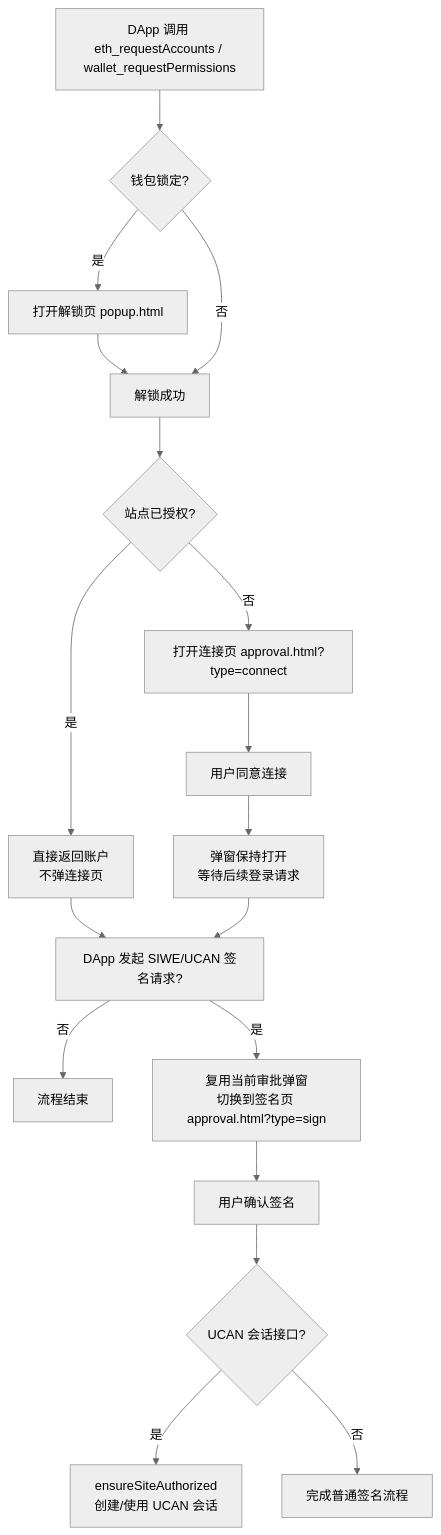
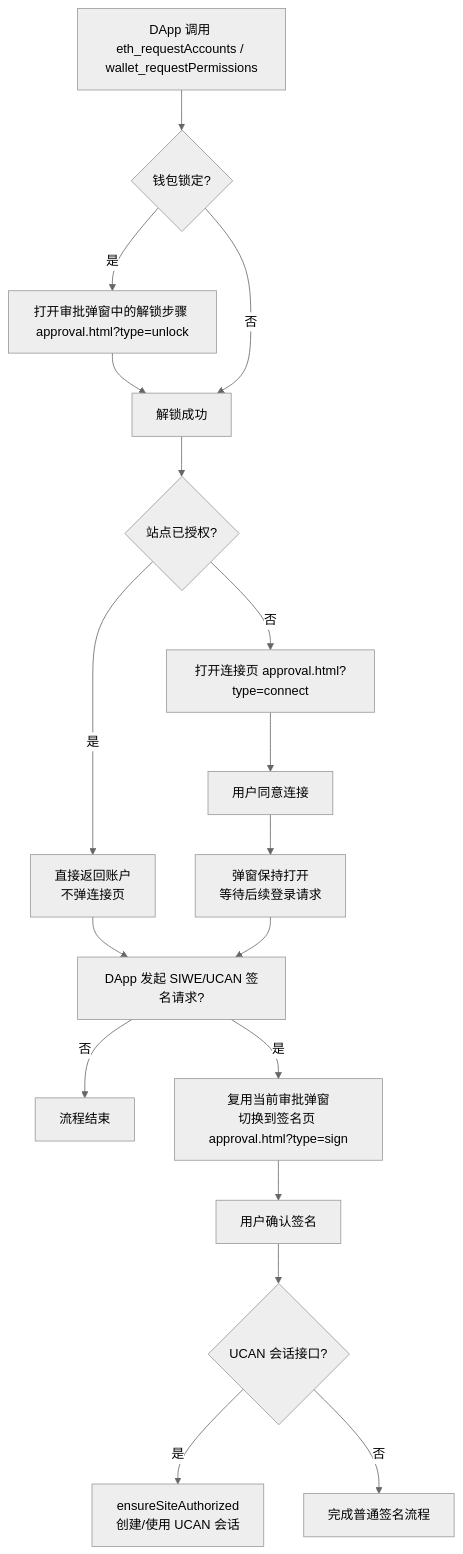
One commit to yeying-community/wallet changed the diagram in docs/zh/dapp-connection-flow.md. Above: the diagram before and after it, drawn with Mermaid (neutral theme). The commit also changed other lines of this file and 9 other files, not shown here.

Commit message:
feat: merge unlock into approval popup flow

````diff
--- a/docs/zh/dapp-connection-flow.md
+++ b/docs/zh/dapp-connection-flow.md
@@ -41,20 +41,20 @@
 ```mermaid
 flowchart TD
   A[DApp 调用 eth_requestAccounts / wallet_requestPermissions] --> B{钱包锁定?}
-  B -- 是 --> C[打开解锁页 popup.html]
+  B -- 是 --> C[打开审批弹窗中的解锁步骤 approval.html?type=unlock]
   C --> D[解锁成功]
   B -- 否 --> D
   D --> E{站点已授权?}
   E -- 是 --> F[直接返回账户<br/>不弹连接页]
   E -- 否 --> G[打开连接页 approval.html?type=connect]
   G --> H[用户同意连接]
   H --> H1[弹窗保持打开<br/>等待后续登录请求]
   F --> I[DApp 发起 SIWE/UCAN 签名请求?]
   H1 --> I
   I -- 否 --> J[流程结束]
   I -- 是 --> K[复用当前审批弹窗<br/>切换到签名页 approval.html?type=sign]
   K --> L[用户确认签名]
   L --> M{UCAN 会话接口?}
   M -- 是 --> N[ensureSiteAuthorized<br/>创建/使用 UCAN 会话]
   M -- 否 --> O[完成普通签名流程]
 ```
````
